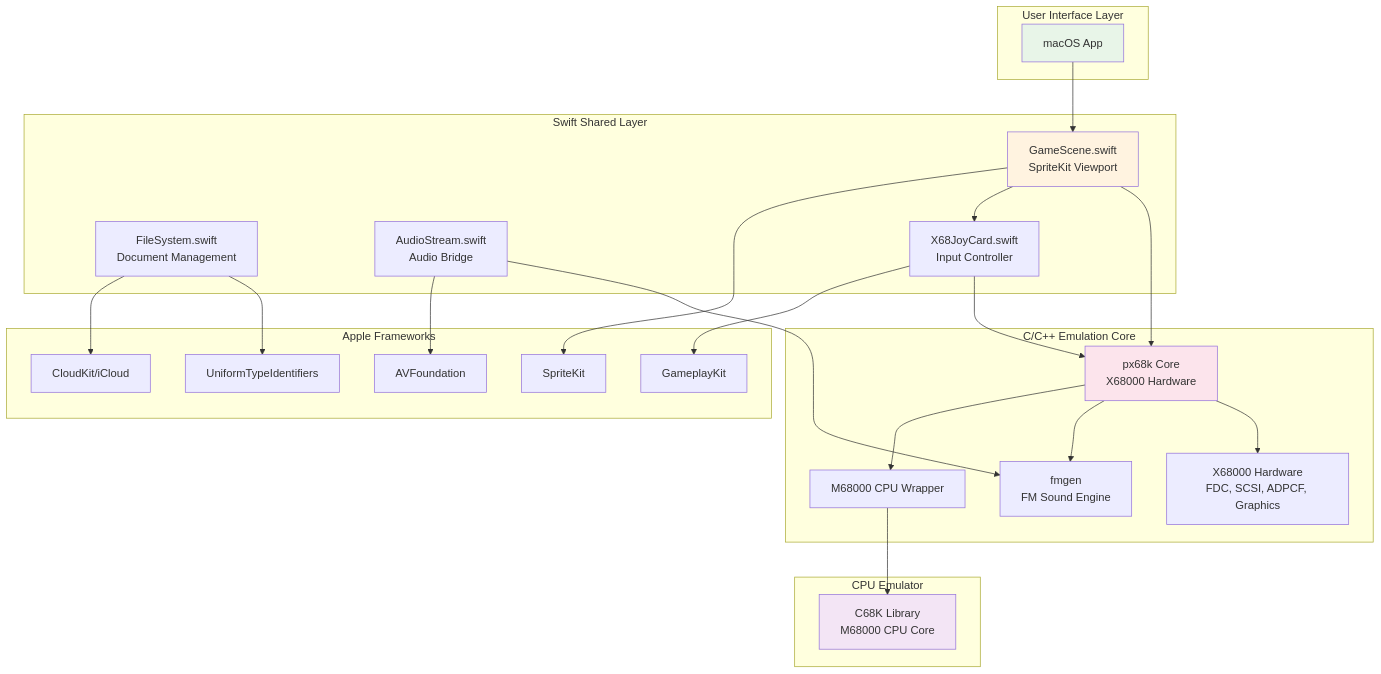
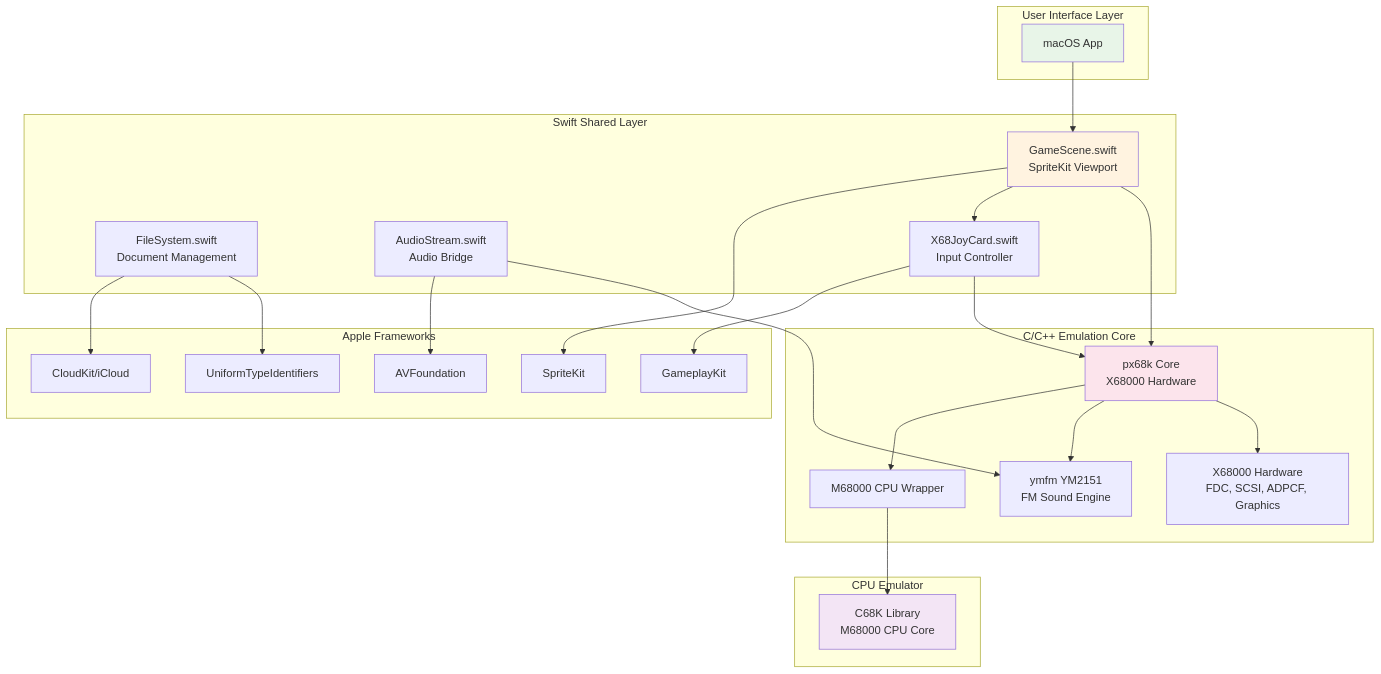
Before and after one commit to masanaohayashi/MPX68K: the first of 9 diagrams in ARCHITECTURE.md, drawn with Mermaid. The commit also changed other lines of this file and 14 other files, not shown here.

Commit message:
Use ymfm for low-latency X68000 audio

````diff
--- a/ARCHITECTURE.md
+++ b/ARCHITECTURE.md
@@ -7,58 +7,58 @@
 ```mermaid
 graph TB
     subgraph "User Interface Layer"
         macOS[macOS App]
     end
     
     subgraph "Swift Shared Layer"
         GameScene[GameScene.swift<br/>SpriteKit Viewport]
         FileSystem[FileSystem.swift<br/>Document Management]
         AudioStream[AudioStream.swift<br/>Audio Bridge]
         JoyCard[X68JoyCard.swift<br/>Input Controller]
     end
     
     subgraph "C/C++ Emulation Core"
         PX68K[px68k Core<br/>X68000 Hardware]
         M68K[M68000 CPU Wrapper]
-        FMGen[fmgen<br/>FM Sound Engine]
+        YMFM[ymfm YM2151<br/>FM Sound Engine]
         X68KHW[X68000 Hardware<br/>FDC, SCSI, ADPCF, Graphics]
     end
     
     subgraph "CPU Emulator"
         C68K[C68K Library<br/>M68000 CPU Core]
     end
     
     subgraph "Apple Frameworks"
         SpriteKit[SpriteKit]
         AVFoundation[AVFoundation]
         GameplayKit[GameplayKit]
         CloudKit[CloudKit/iCloud]
         UTI[UniformTypeIdentifiers]
     end
     
     macOS --> GameScene
     
     GameScene --> SpriteKit
     GameScene --> JoyCard
     GameScene --> PX68K
     
     FileSystem --> CloudKit
     FileSystem --> UTI
     
     AudioStream --> AVFoundation
-    AudioStream --> FMGen
+    AudioStream --> YMFM
     
     JoyCard --> GameplayKit
     JoyCard --> PX68K
     
     PX68K --> M68K
-    PX68K --> FMGen
+    PX68K --> YMFM
     PX68K --> X68KHW
     
     M68K --> C68K
     
     style macOS fill:#e8f5e8
     style GameScene fill:#fff3e0
     style PX68K fill:#fce4ec
     style C68K fill:#f3e5f5
 ```
````
